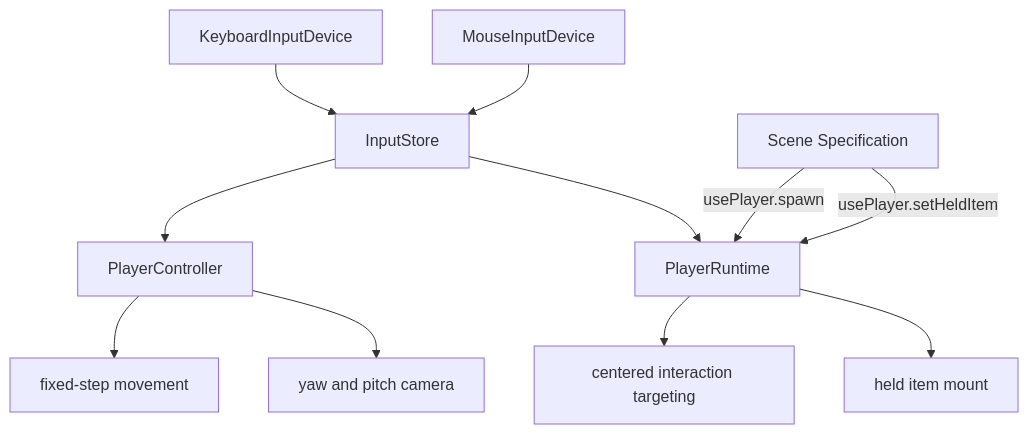
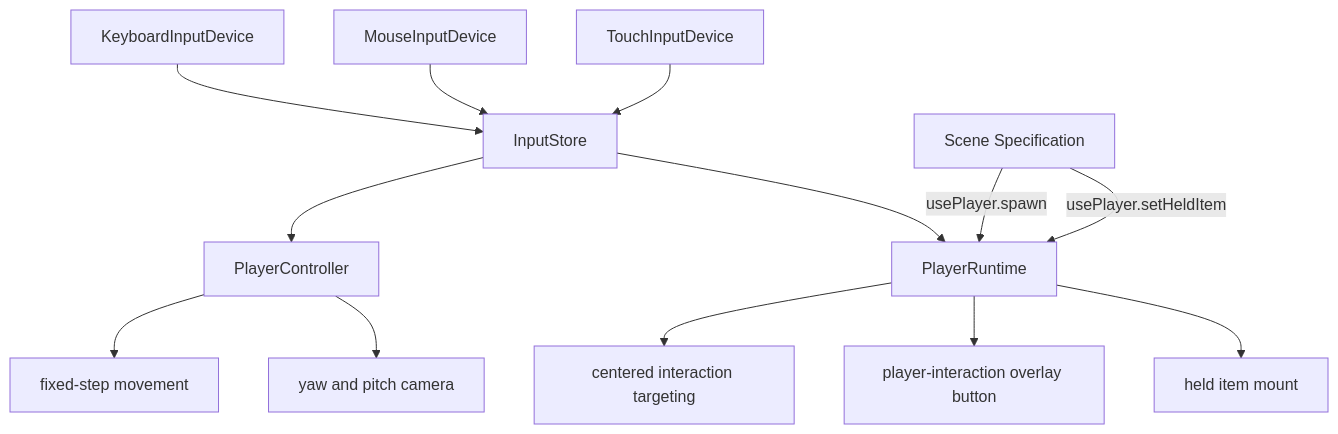
Before and after one commit to raolir/omnipraxis: the seventh of 7 diagrams in docs/architecture.md, drawn with Mermaid. The commit also changed other lines of this file and 14 other files, not shown here.

Commit message:
Add touch input and overlay interactions

````diff
--- a/docs/architecture.md
+++ b/docs/architecture.md
@@ -199,16 +209,18 @@
 ```mermaid
 flowchart TD
   KeyboardDevice[KeyboardInputDevice] --> InputStore
   MouseDevice[MouseInputDevice] --> InputStore
+  TouchDevice[TouchInputDevice] --> InputStore
 
   InputStore --> PlayerController
   InputStore --> PlayerRuntime
 
   PlayerController --> Movement[fixed-step movement]
   PlayerController --> Camera[yaw and pitch camera]
   PlayerRuntime --> Targeting[centered interaction targeting]
+  PlayerRuntime --> InteractionButton[player-interaction overlay button]
   PlayerRuntime --> HeldItem[held item mount]
 
   Scene[Scene Specification] -->|usePlayer.spawn| PlayerRuntime
   Scene -->|usePlayer.setHeldItem| PlayerRuntime
 ```
````
